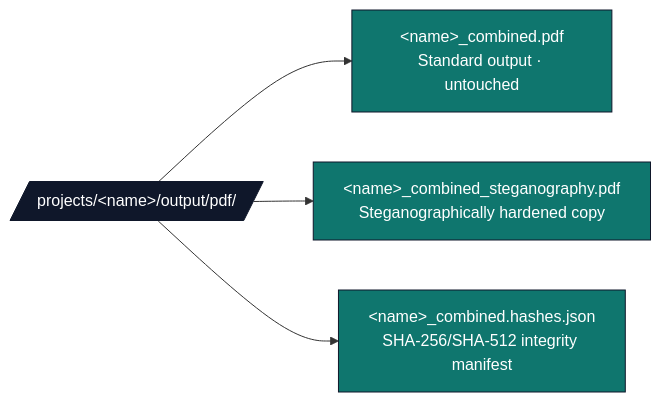
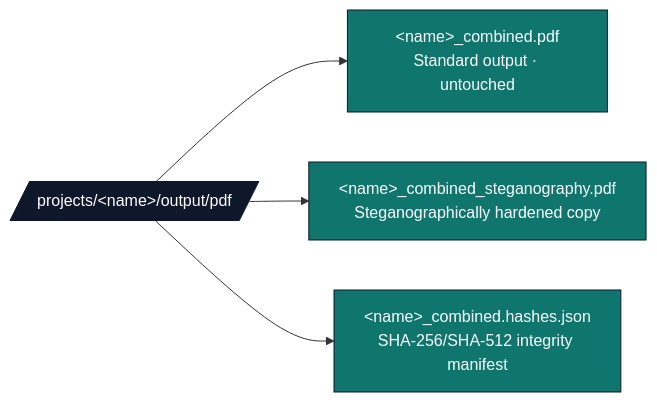
The third of 4 diagrams in AGENTS.md (docxology/template), drawn with Mermaid before and after one commit. The commit also changed other lines of this file and 164 other files, not shown here.

````diff
--- a/AGENTS.md
+++ b/AGENTS.md
@@ -508,12 +508,12 @@
 ```mermaid
 flowchart LR
-    PDF[/projects/&lt;name&gt;/output/pdf//]
+    PDF[/projects/&lt;name&gt;/output/pdf/]
     PDF --> A[&lt;name&gt;_combined.pdf<br/>Standard output · untouched]
     PDF --> B[&lt;name&gt;_combined_steganography.pdf<br/>Steganographically hardened copy]
     PDF --> C[&lt;name&gt;_combined.hashes.json<br/>SHA-256/SHA-512 integrity manifest]
 
     classDef d fill:#0f172a,stroke:#0f172a,color:#fff
     classDef f fill:#0f766e,stroke:#0f172a,color:#fff
     class PDF d
     class A,B,C f
 ```
````
